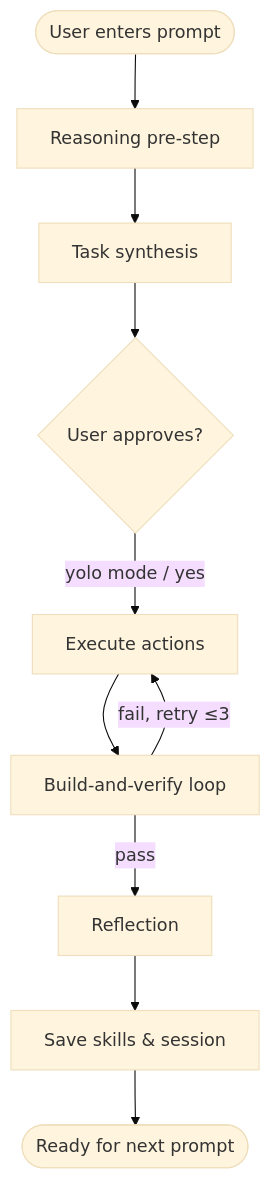
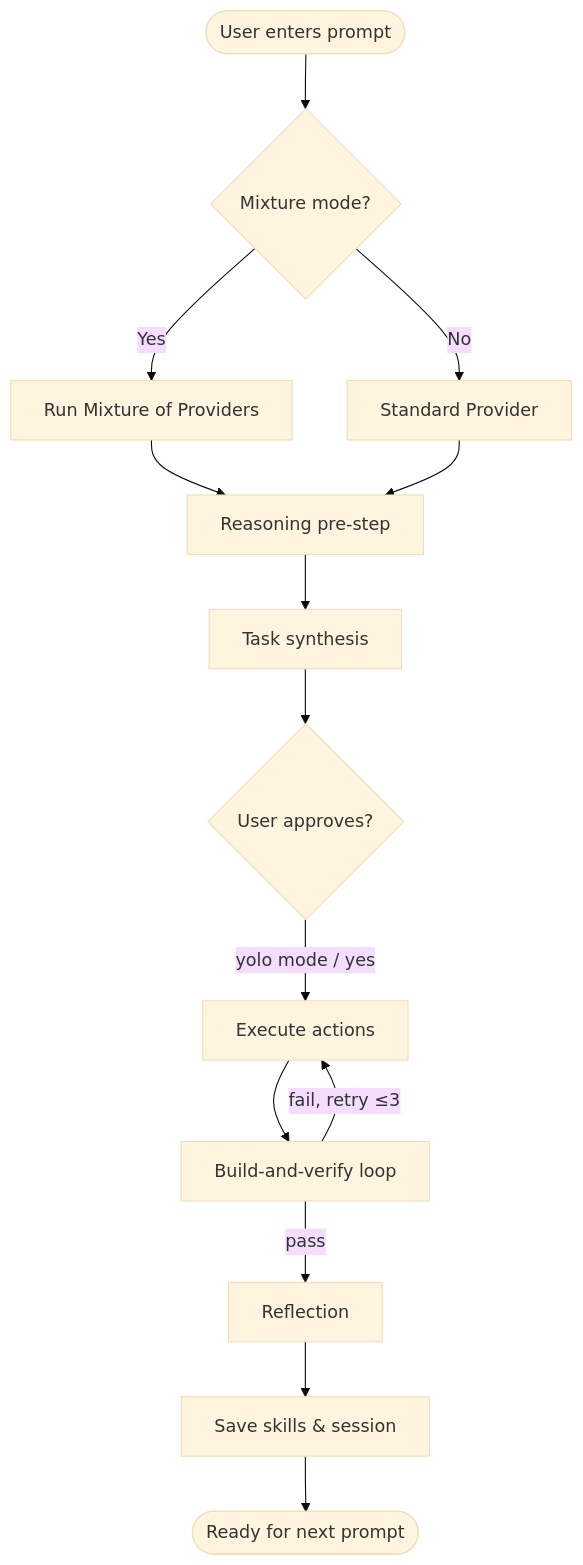
The first of 4 diagrams in README.md (wiseaidotdev/autogpt), drawn with Mermaid (base theme) before and after one commit. The commit also changed other lines of this file and 21 other files, not shown here.

````diff
--- a/README.md
+++ b/README.md
@@ -150,12 +164,15 @@
 ```mermaid
 flowchart TD
-    A([User enters prompt]) --> B[Reasoning pre-step]
-    B --> C[Task synthesis]
-    C --> D{User approves?}
-    D -- yolo mode / yes --> E[Execute actions]
-    E --> G[Build-and-verify loop]
-    G -- pass --> H[Reflection]
-    G -- fail, retry ≤3 --> E
-    H --> I[Save skills & session]
-    I --> K([Ready for next prompt])
+    A([User enters prompt]) --> B{Mixture mode?}
+    B -- Yes --> C[Run Mixture of Providers]
+    B -- No --> D[Standard Provider]
+    C & D --> E[Reasoning pre-step]
+    E --> F[Task synthesis]
+    F --> G{User approves?}
+    G -- yolo mode / yes --> H[Execute actions]
+    H --> I[Build-and-verify loop]
+    I -- pass --> J[Reflection]
+    I -- fail, retry ≤3 --> H
+    J --> K[Save skills & session]
+    K --> L([Ready for next prompt])
 ```
````
